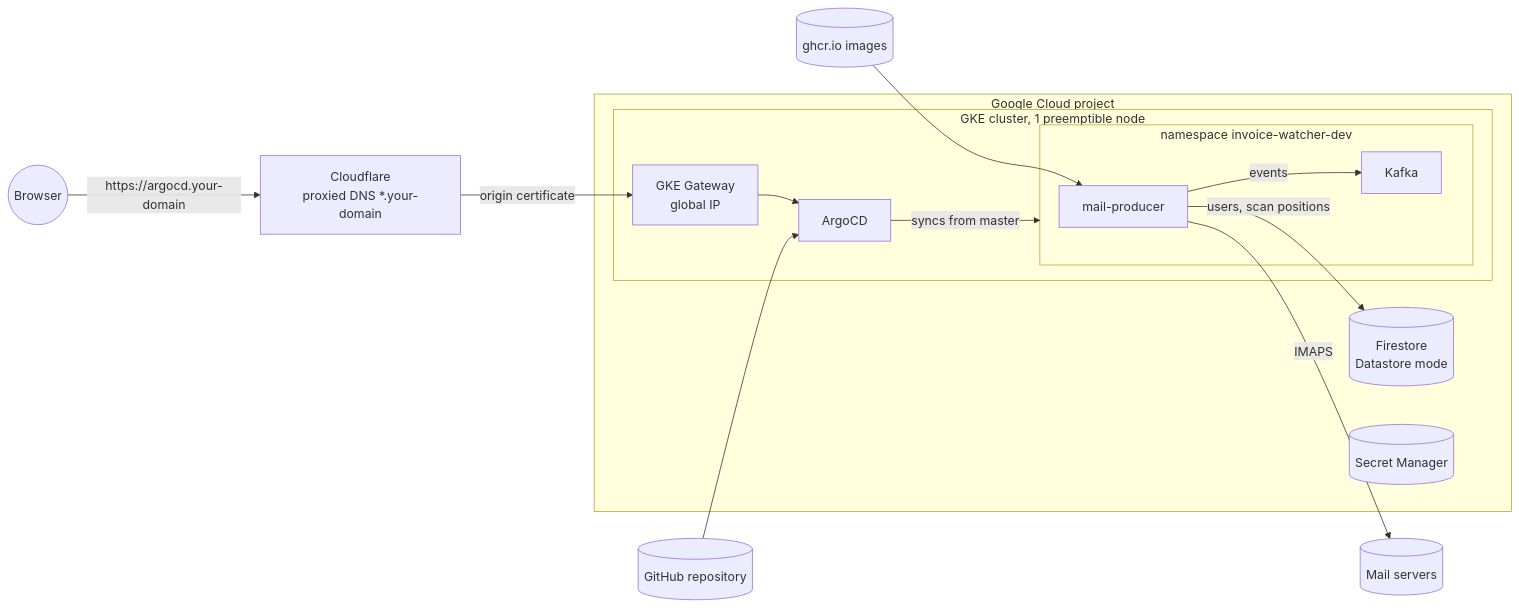
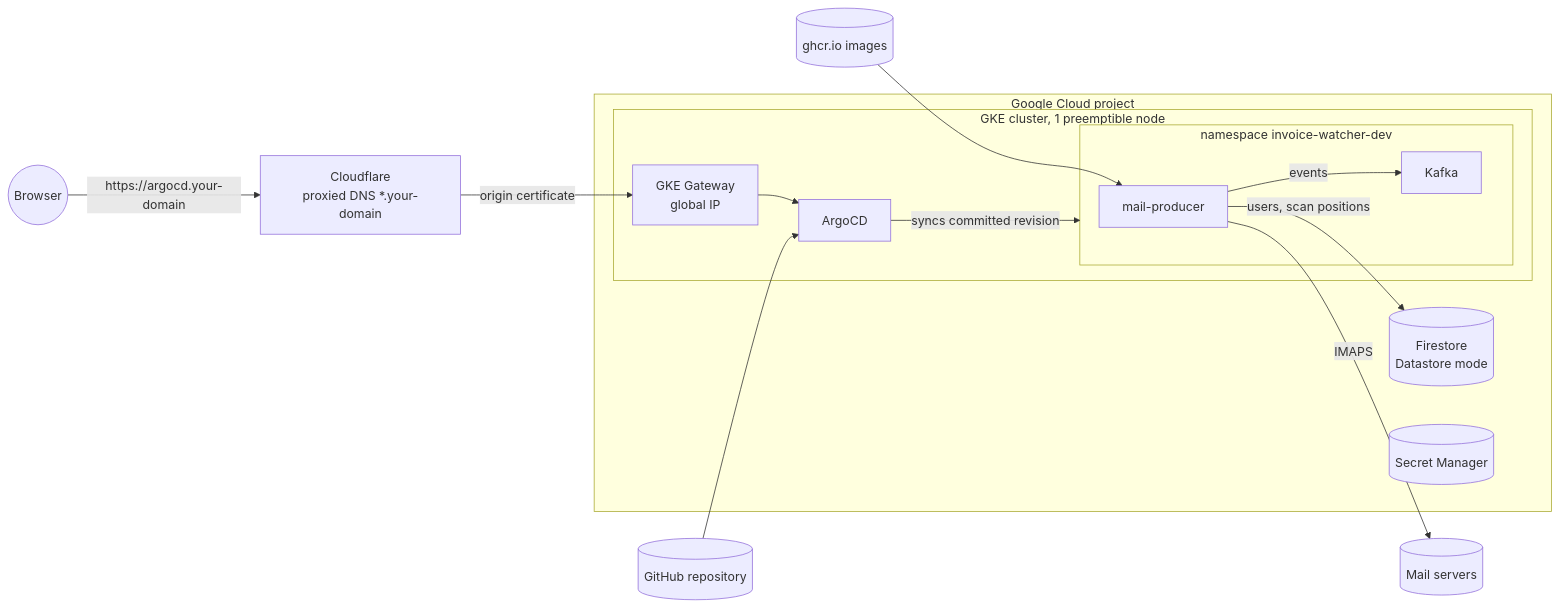
The first of 3 diagrams in docs/system/architecture.md (Guslarz/invoice-watcher), drawn with Mermaid before and after one commit. The commit also changed other lines of this file and 41 other files, not shown here.

````diff
--- a/docs/system/architecture.md
+++ b/docs/system/architecture.md
@@ -30,21 +30,21 @@
 ```mermaid
 flowchart LR
   user((Browser)) -->|https://argocd.your-domain| cf[Cloudflare<br/>proxied DNS *.your-domain]
   cf -->|origin certificate| gw[GKE Gateway<br/>global IP]
 
   subgraph gcp[Google Cloud project]
     subgraph gke[GKE cluster, 1 preemptible node]
       gw --> argocd[ArgoCD]
       subgraph app[namespace invoice-watcher-dev]
         producer[mail-producer] -->|events| kafka[Kafka]
       end
-      argocd -->|syncs from master| app
+      argocd -->|syncs committed revision| app
     end
     producer -->|users, scan positions| fs[(Firestore<br/>Datastore mode)]
     sm[(Secret Manager)]
   end
 
   producer -->|IMAPS| imap[(Mail servers)]
   ghcr[(ghcr.io images)] --> producer
   github[(GitHub repository)] --> argocd
 ```
````
